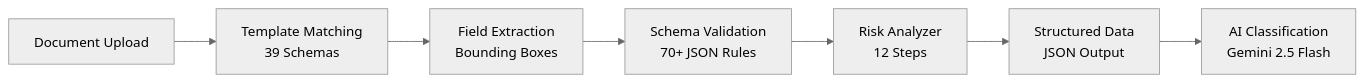
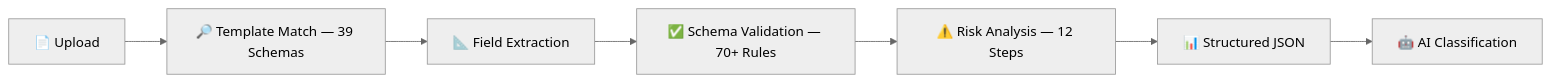
The sixth of 7 diagrams in README.md (KouemouSah/taxasge), drawn with Mermaid (neutral theme) before and after one commit. The commit also changed other lines of this file and 3 other files, not shown here.

````diff
--- a/README.md
+++ b/README.md
@@ -320,9 +293,9 @@
 ```mermaid
 graph LR
-    DOC[Document Upload] --> TM[Template Matching<br>39 Schemas]
-    TM --> FE[Field Extraction<br>Bounding Boxes]
-    FE --> SV[Schema Validation<br>70+ JSON Rules]
-    SV --> RA[Risk Analyzer<br>12 Steps]
-    RA --> SD[Structured Data<br>JSON Output]
-    SD --> CL[AI Classification<br>Gemini 2.5 Flash]
+    DOC["📄 Upload"] --> TM["🔎 Template Match — 39 Schemas"]
+    TM --> FE["📐 Field Extraction"]
+    FE --> SV["✅ Schema Validation — 70+ Rules"]
+    SV --> RA["⚠️ Risk Analysis — 12 Steps"]
+    RA --> SD["📊 Structured JSON"]
+    SD --> CL["🤖 AI Classification"]
 ```
````
